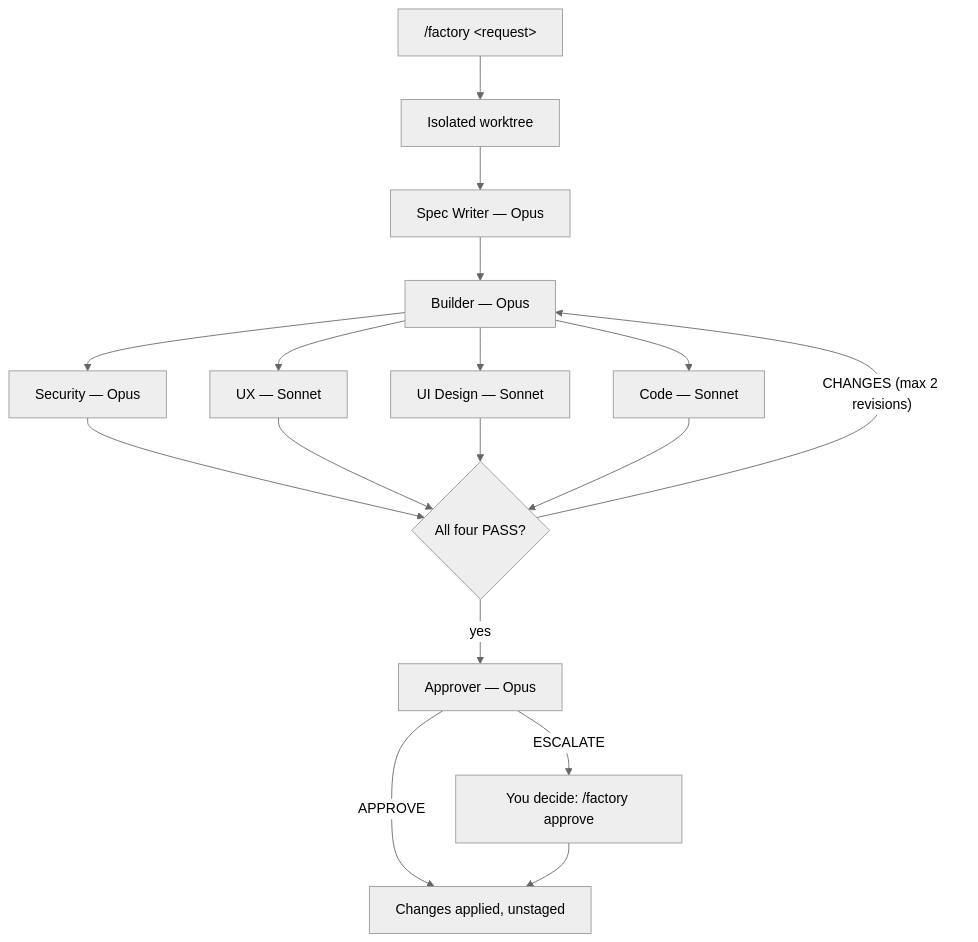
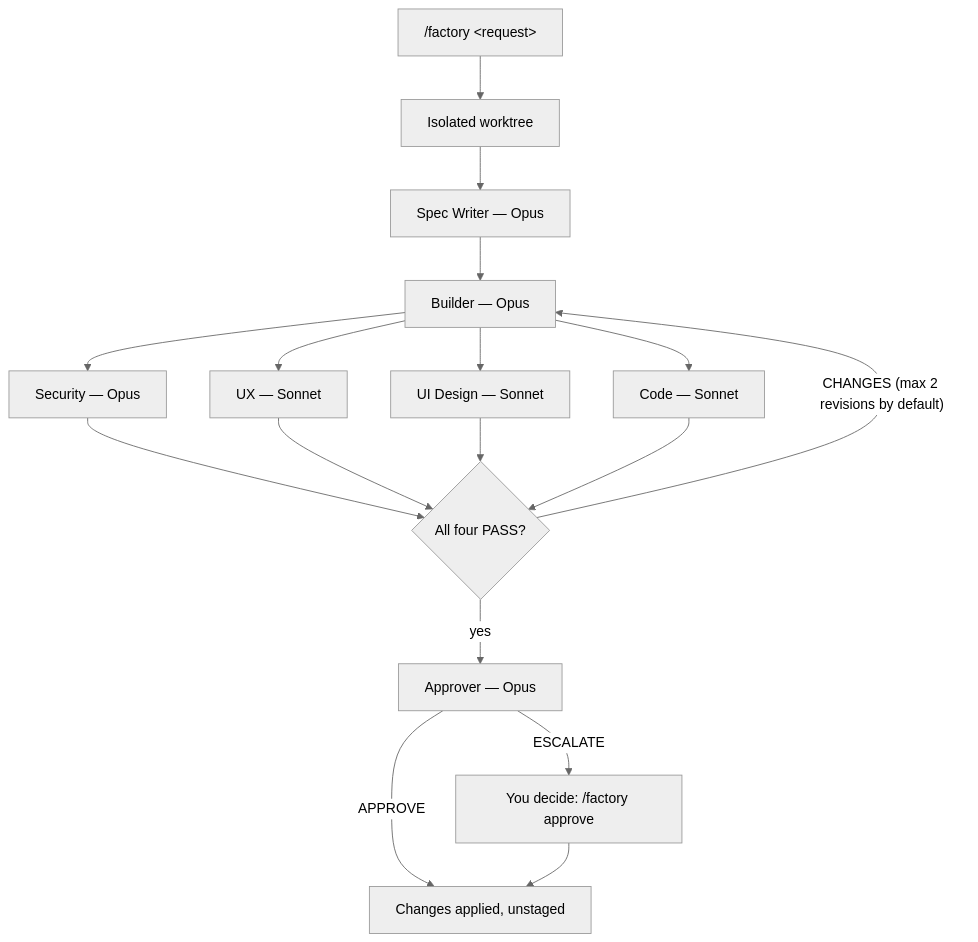
One commit to Petrit-Halabaku/software-factory changed the diagram in README.md. Above: the diagram before and after it, drawn with Mermaid (neutral theme). The commit also changed other lines of this file and 21 other files, not shown here.

````diff
--- a/README.md
+++ b/README.md
@@ -7,16 +7,16 @@
 ```mermaid
 flowchart TD
     A["/factory &lt;request&gt;"] --> B["Isolated worktree"]
     B --> C["Spec Writer — Opus"]
     C --> E["Builder — Opus"]
     E --> F["Security — Opus"]
     E --> G["UX — Sonnet"]
     E --> H["UI Design — Sonnet"]
     E --> I["Code — Sonnet"]
     F & G & H & I --> J{"All four PASS?"}
-    J -->|"CHANGES (max 2 revisions)"| E
+    J -->|"CHANGES (max 2 revisions by default)"| E
     J -->|"yes"| K["Approver — Opus"]
     K -->|"APPROVE"| L["Changes applied, unstaged"]
     K -->|"ESCALATE"| M["You decide: /factory approve"]
     M --> L
 ```
````
